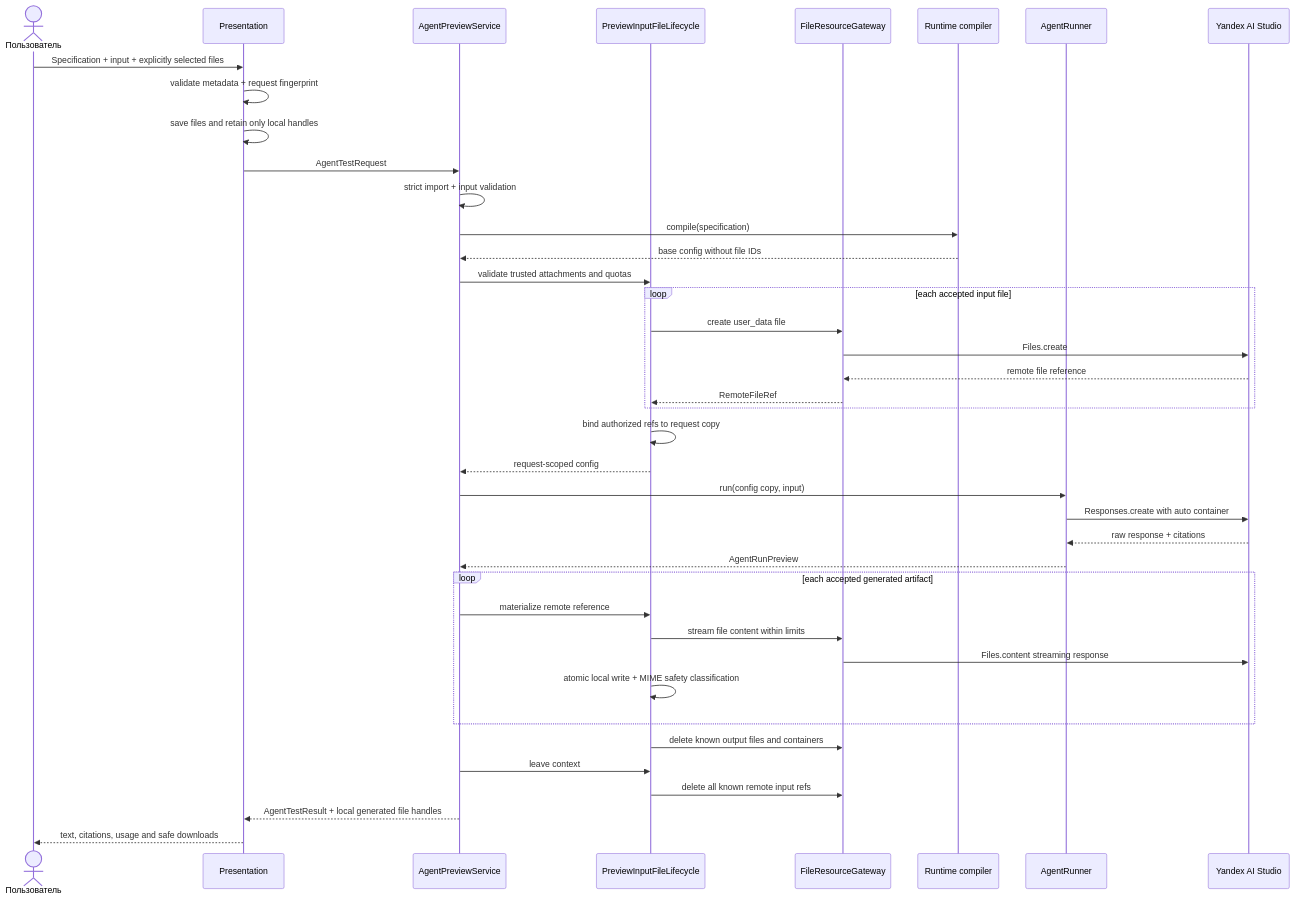
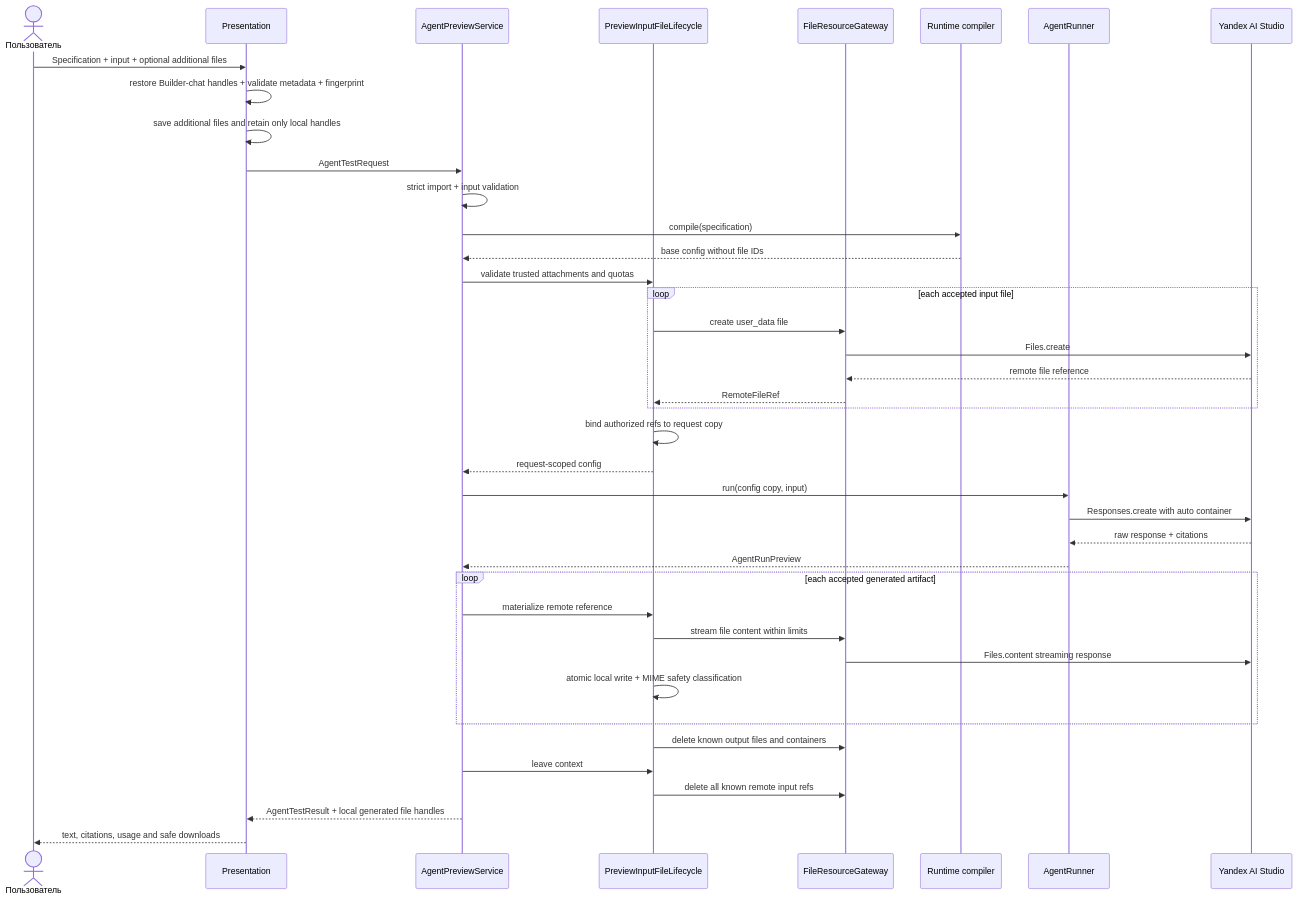
Before and after one commit to krevetka-is-afk/llm-agent-for-ai-studio: the third of 3 diagrams in docs/architecture/sequences.md, drawn with Mermaid. The commit also changed 10 other files, not shown here.

First line of the commit message:
Enhance file handling in Code Interpreter and Builder-chat integration

````diff
--- a/docs/architecture/sequences.md
+++ b/docs/architecture/sequences.md
@@ -64,43 +64,43 @@
 ```mermaid
 sequenceDiagram
     actor User as Пользователь
     participant UI as Presentation
     participant Preview as AgentPreviewService
     participant Files as PreviewInputFileLifecycle
     participant Gateway as FileResourceGateway
     participant Compiler as Runtime compiler
     participant Runner as AgentRunner
     participant API as Yandex AI Studio
 
-    User->>UI: Specification + input + explicitly selected files
-    UI->>UI: validate metadata + request fingerprint
-    UI->>UI: save files and retain only local handles
+    User->>UI: Specification + input + optional additional files
+    UI->>UI: restore Builder-chat handles + validate metadata + fingerprint
+    UI->>UI: save additional files and retain only local handles
     UI->>Preview: AgentTestRequest
     Preview->>Preview: strict import + input validation
     Preview->>Compiler: compile(specification)
     Compiler-->>Preview: base config without file IDs
     Preview->>Files: validate trusted attachments and quotas
     loop each accepted input file
         Files->>Gateway: create user_data file
         Gateway->>API: Files.create
         API-->>Gateway: remote file reference
         Gateway-->>Files: RemoteFileRef
     end
     Files->>Files: bind authorized refs to request copy
     Files-->>Preview: request-scoped config
     Preview->>Runner: run(config copy, input)
     Runner->>API: Responses.create with auto container
     API-->>Runner: raw response + citations
     Runner-->>Preview: AgentRunPreview
     loop each accepted generated artifact
         Preview->>Files: materialize remote reference
         Files->>Gateway: stream file content within limits
         Gateway->>API: Files.content streaming response
         Files->>Files: atomic local write + MIME safety classification
     end
     Files->>Gateway: delete known output files and containers
     Preview->>Files: leave context
     Files->>Gateway: delete all known remote input refs
     Preview-->>UI: AgentTestResult + local generated file handles
     UI-->>User: text, citations, usage and safe downloads
 ```
````
